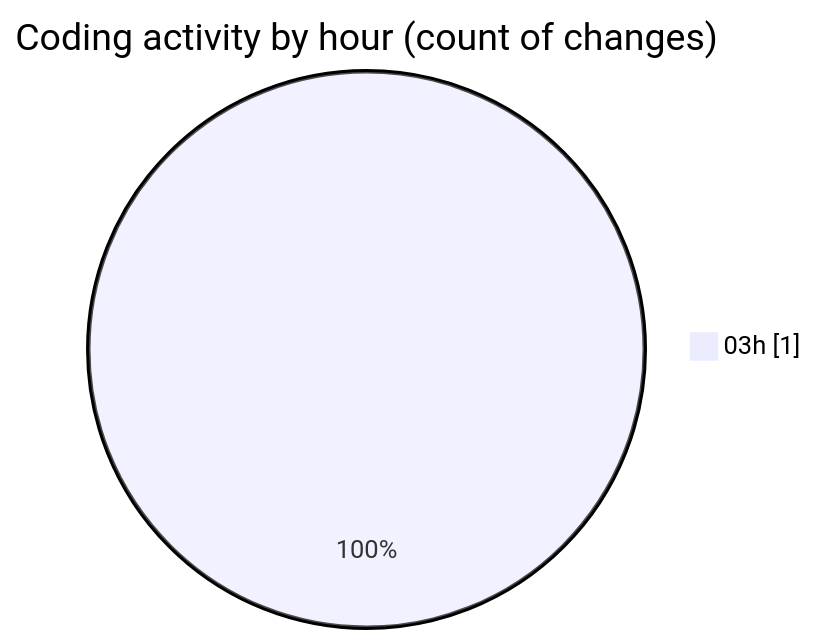
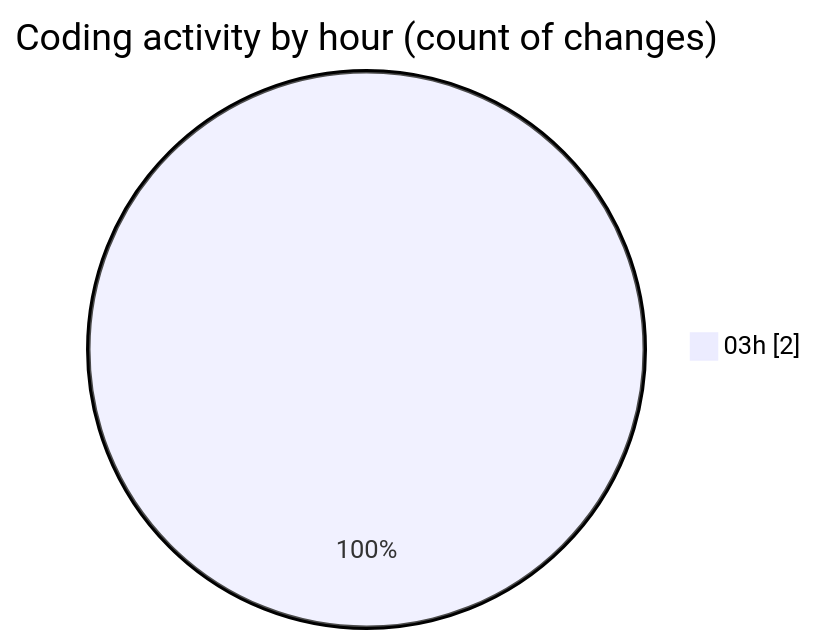
The second of 2 diagrams in 2025-09-06/erp-alpha/README.md (FelipKnott/code-tracking), drawn with Mermaid before and after one commit. The commit also changed other lines of this file and 1 other file, not shown here.

````diff
--- a/2025-09-06/erp-alpha/README.md
+++ b/2025-09-06/erp-alpha/README.md
@@ -28,5 +30,5 @@
 ```mermaid
 pie showData
 title Coding activity by hour (count of changes)
-"03h" : 1
+"03h" : 2
 ```
````
